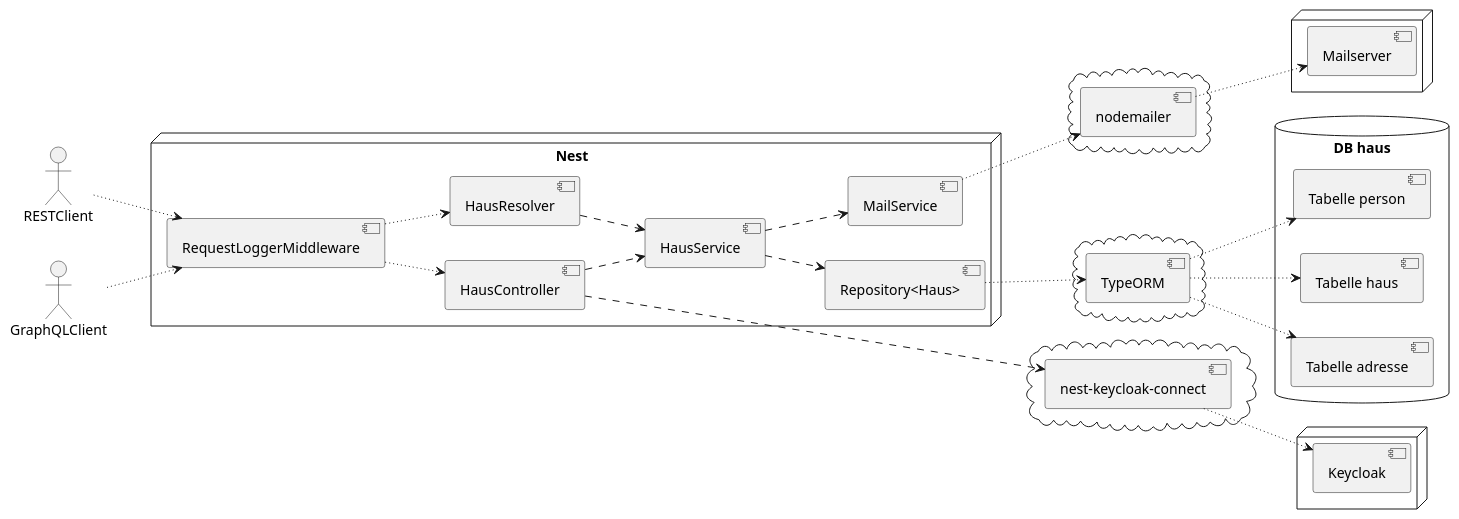
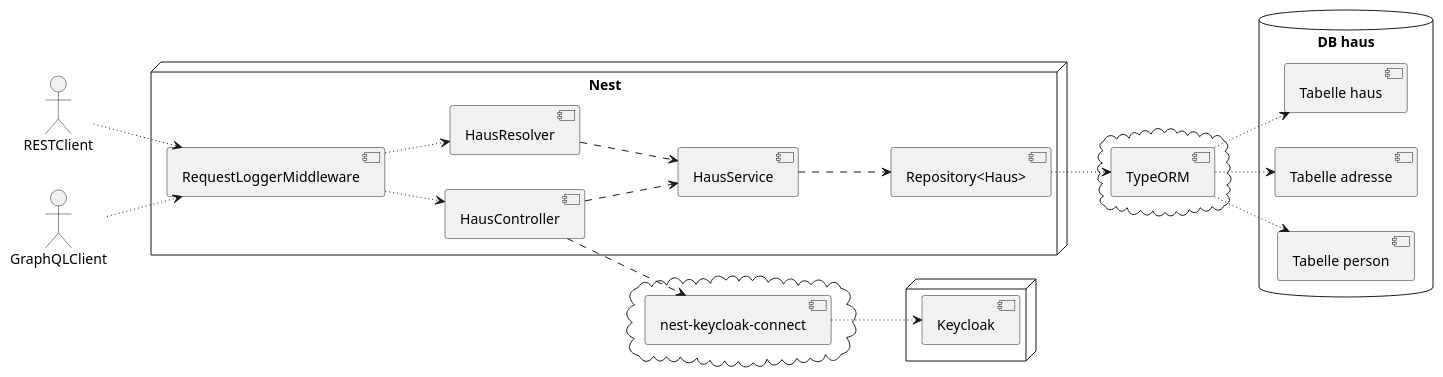
The diagram in .extras/doc/projekthandbuch/komponenten.plantuml (Yukasama/haus), drawn with PlantUML before and after one commit. The commit also changed 1 other file, not shown here.

Commit message:
PlantUml3

```diff
--- a/.extras/doc/projekthandbuch/komponenten.plantuml
+++ b/.extras/doc/projekthandbuch/komponenten.plantuml
@@ -1,72 +1,55 @@
 @startuml Komponenten
 
 left to right direction
 
 actor RESTClient
 actor GraphQLClient
 
 node "Nest" {
   [RequestLoggerMiddleware]
 
   [HausController]
   [HausResolver]
 
   [HausService]
 
   [Repository<Haus>]
-
-  [MailService]
 }
-
 
 cloud {
     [TypeORM]
 }
 
 cloud {
     [nest-keycloak-connect]
-}
-
-cloud {
-    [nodemailer]
 }
 
 database "DB haus" {
     [Tabelle haus]
     [Tabelle adresse]
     [Tabelle person]
 }
 
 node {
     [Keycloak]
-}
-
-node {
-    [Mailserver]
 }
 
 RESTClient ~~> [RequestLoggerMiddleware]
 GraphQLClient ~~> [RequestLoggerMiddleware]
 
 [RequestLoggerMiddleware] ~~> [HausController]
 [RequestLoggerMiddleware] ~~> [HausResolver]
 
 [HausController] ..> [HausService]
 [HausResolver] ..> [HausService]
 [HausService] ..> [Repository<Haus>]
 
 [Repository<Haus>] ~~> [TypeORM]
 [TypeORM] ~~> [Tabelle haus]
 [TypeORM] ~~> [Tabelle adresse]
 [TypeORM] ~~> [Tabelle person]
 
 [HausController] ..> [nest-keycloak-connect]
 [nest-keycloak-connect] ~~> [Keycloak]
 
-[HausService] ..> [MailService]
-[MailService] ~~> [nodemailer]
-[nodemailer] ~~> [Mailserver]
-
-[MailService] ~[hidden]~> [nest-keycloak-connect]
-
 @enduml
```
